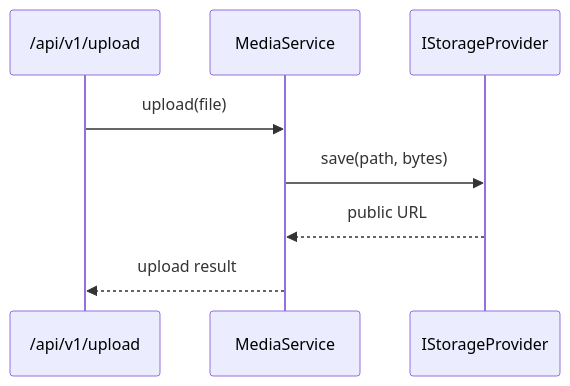
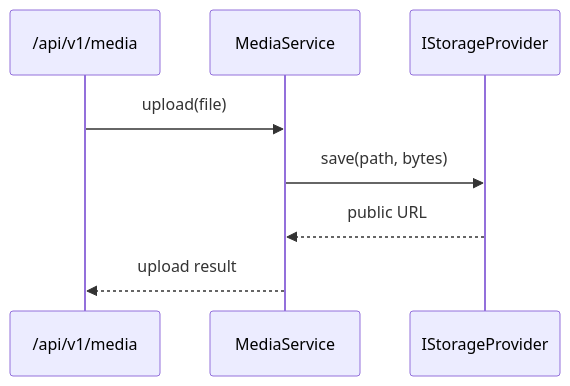
Before and after one commit to 3mrhussein/findeg: the third of 3 diagrams in src/features/media/README.md, drawn with Mermaid. The commit also changed other lines of this file and 348 other files, not shown here.

Commit message:
feat: Implement checkout flow, add Cypress E2E tests for shop and admin, and refactor product and header components.

````diff
--- a/src/features/media/README.md
+++ b/src/features/media/README.md
@@ -28,10 +28,10 @@
 ```mermaid
 sequenceDiagram
-    participant API as /api/v1/upload
+    participant API as /api/v1/media
     participant Media as MediaService
     participant Storage as IStorageProvider
     API->>Media: upload(file)
     Media->>Storage: save(path, bytes)
     Storage-->>Media: public URL
     Media-->>API: upload result
 ```
````
